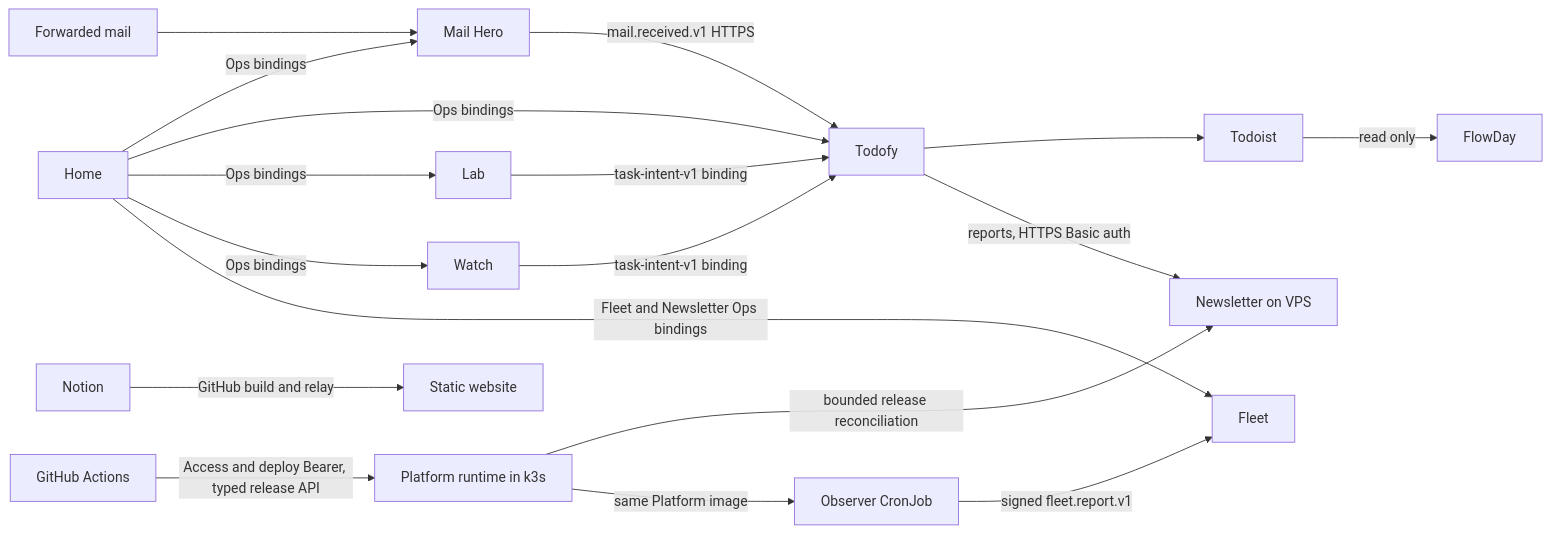
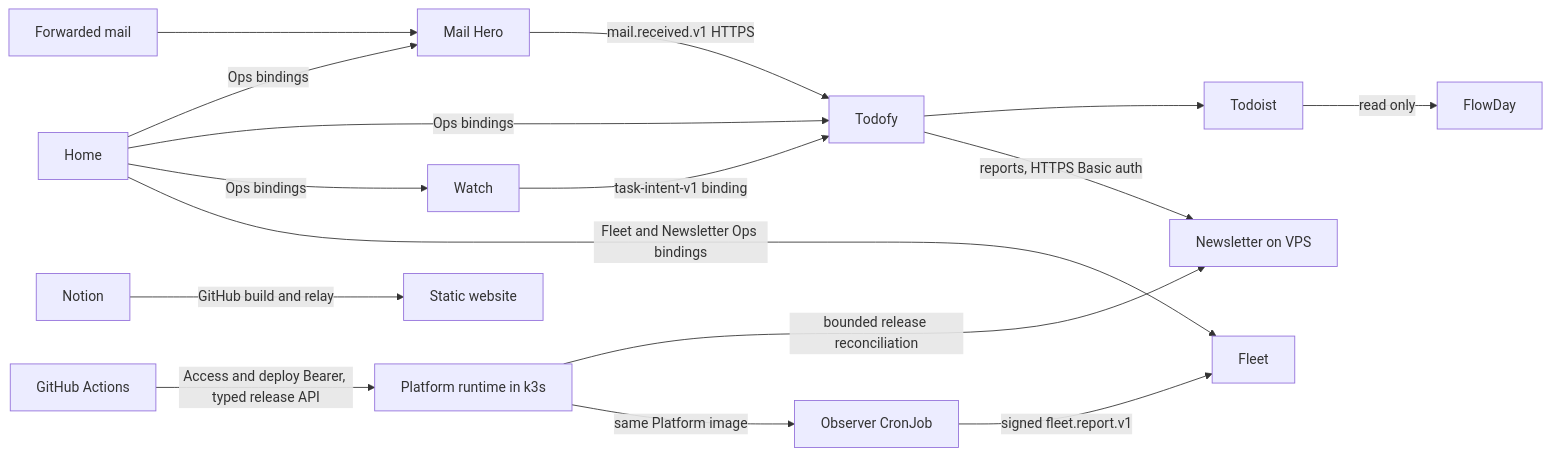
Before and after one commit to ziyixi/todofy: the diagram in docs/architecture.md, drawn with Mermaid. The commit also changed other lines of this file and 322 other files, not shown here.

````diff
--- a/docs/architecture.md
+++ b/docs/architecture.md
@@ -11,20 +11,18 @@
 ```mermaid
 flowchart LR
   Mail[Forwarded mail] --> MH[Mail Hero]
   MH -->|mail.received.v1 HTTPS| Todo[Todofy]
-  Lab[Lab] -->|task-intent-v1 binding| Todo
   Watch[Watch] -->|task-intent-v1 binding| Todo
   Todo --> Todoist[Todoist]
   Todo -->|reports, HTTPS Basic auth| News[Newsletter on VPS]
   Todoist -->|read only| Flow[FlowDay]
   Home[Home] -->|Ops bindings| MH
   Home -->|Ops bindings| Todo
-  Home -->|Ops bindings| Lab
   Home -->|Ops bindings| Watch
   Home -->|Fleet and Newsletter Ops bindings| Fleet[Fleet]
   Observer[Observer CronJob] -->|signed fleet.report.v1| Fleet
   Actions[GitHub Actions] -->|Access and deploy Bearer, typed release API| Runtime[Platform runtime in k3s]
   Runtime -->|bounded release reconciliation| News
   Runtime -->|same Platform image| Observer
   Notion[Notion] -->|GitHub build and relay| Site[Static website]
 ```
````
